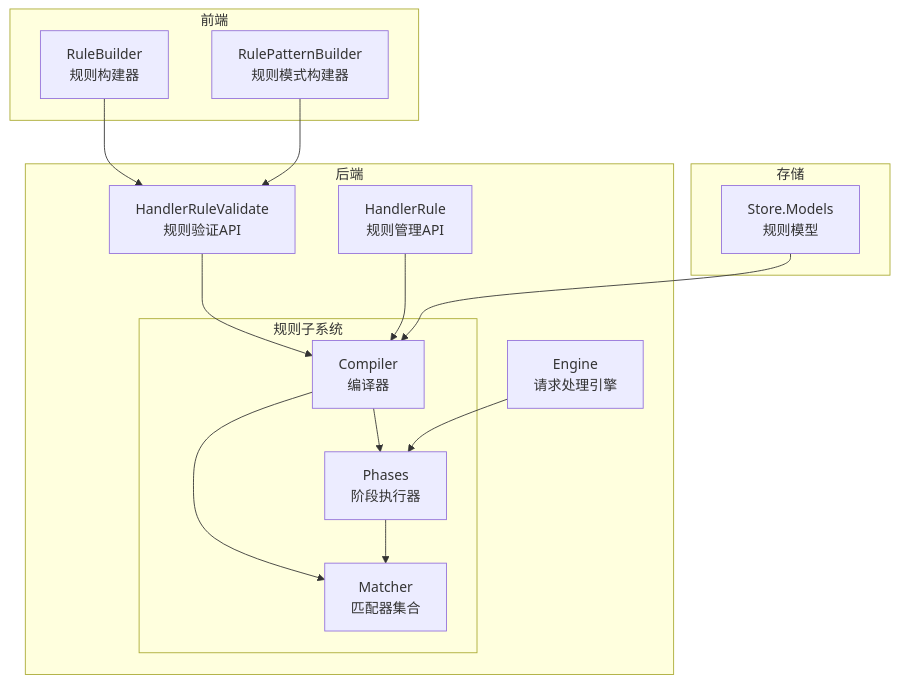
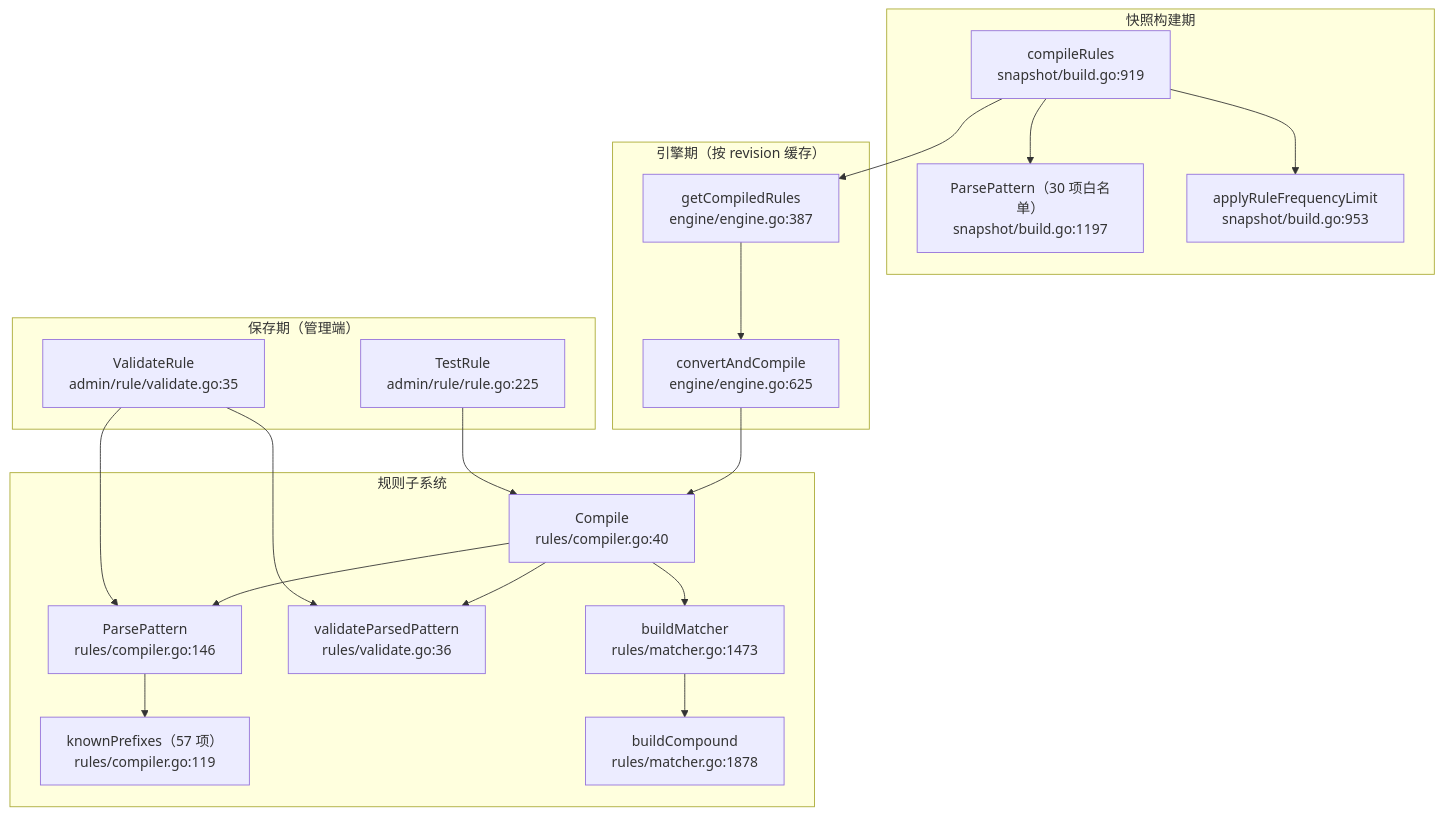
Before and after one commit to x01n/My-OpenWaf: the first of 5 diagrams in docs/扩展与插件系统/规则引擎扩展/规则编译器扩展.md, drawn with Mermaid. The commit also changed other lines of this file and 622 other files, not shown here.

````diff
--- a/docs/扩展与插件系统/规则引擎扩展/规则编译器扩展.md
+++ b/docs/扩展与插件系统/规则引擎扩展/规则编译器扩展.md
@@ -47,29 +74,34 @@
 ```mermaid
 graph TB
-subgraph "前端"
-RB["RuleBuilder<br/>规则构建器"]
-RPB["RulePatternBuilder<br/>规则模式构建器"]
-end
-subgraph "后端"
-HRV["HandlerRuleValidate<br/>规则验证API"]
-HR["HandlerRule<br/>规则管理API"]
-ENG["Engine<br/>请求处理引擎"]
-subgraph "规则子系统"
-COMP["Compiler<br/>编译器"]
-MATCH["Matcher<br/>匹配器集合"]
-PHASE["Phases<br/>阶段执行器"]
-end
-end
-subgraph "存储"
-STORE["Store.Models<br/>规则模型"]
-end
-RB --> HRV
-RPB --> HRV
-HRV --> COMP
-HR --> COMP
-COMP --> MATCH
-COMP --> PHASE
-ENG --> PHASE
-PHASE --> MATCH
-STORE --> COMP
+  subgraph SAVE["保存期（管理端）"]
+    VR["ValidateRule<br/>admin/rule/validate.go:35"]
+    TR["TestRule<br/>admin/rule/rule.go:225"]
+  end
+  subgraph BUILD["快照构建期"]
+    CR["compileRules<br/>snapshot/build.go:919"]
+    SP["ParsePattern（30 项白名单）<br/>snapshot/build.go:1197"]
+    FR["applyRuleFrequencyLimit<br/>snapshot/build.go:953"]
+  end
+  subgraph ENGINE["引擎期（按 revision 缓存）"]
+    CAC["getCompiledRules<br/>engine/engine.go:387"]
+    CVC["convertAndCompile<br/>engine/engine.go:625"]
+  end
+  subgraph RULES["规则子系统"]
+    CP["Compile<br/>rules/compiler.go:40"]
+    KP["knownPrefixes（57 项）<br/>rules/compiler.go:119"]
+    PP["ParsePattern<br/>rules/compiler.go:146"]
+    VP["validateParsedPattern<br/>rules/validate.go:36"]
+    BM["buildMatcher<br/>rules/matcher.go:1473"]
+    BC["buildCompound<br/>rules/matcher.go:1878"]
+  end
+  VR --> PP
+  VR --> VP
+  TR --> CP
+  CR --> SP
+  CR --> FR
+  CR --> CAC
+  CAC --> CVC --> CP
+  CP --> PP --> KP
+  CP --> VP
+  CP --> BM --> BC
 ```
````
